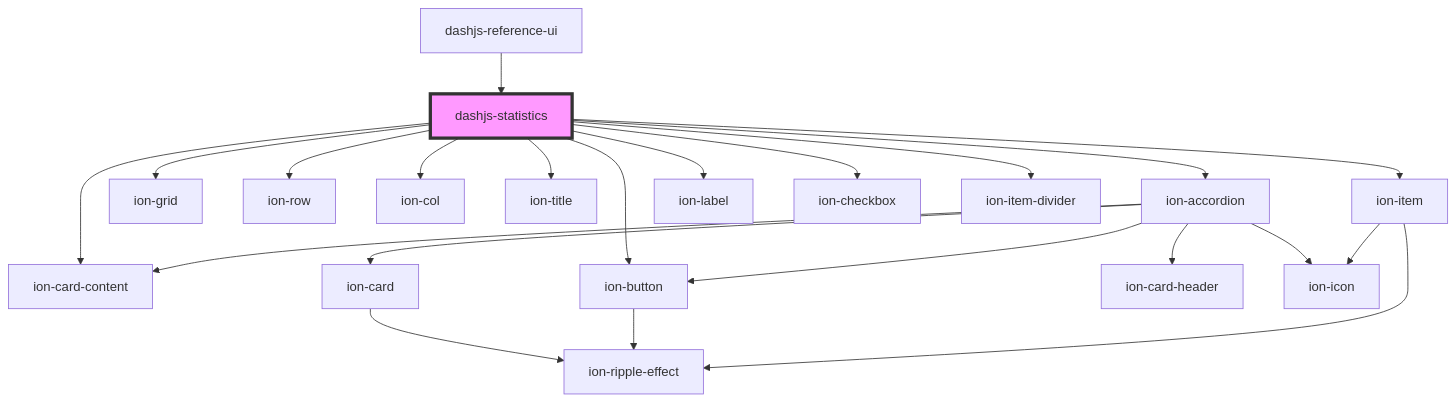
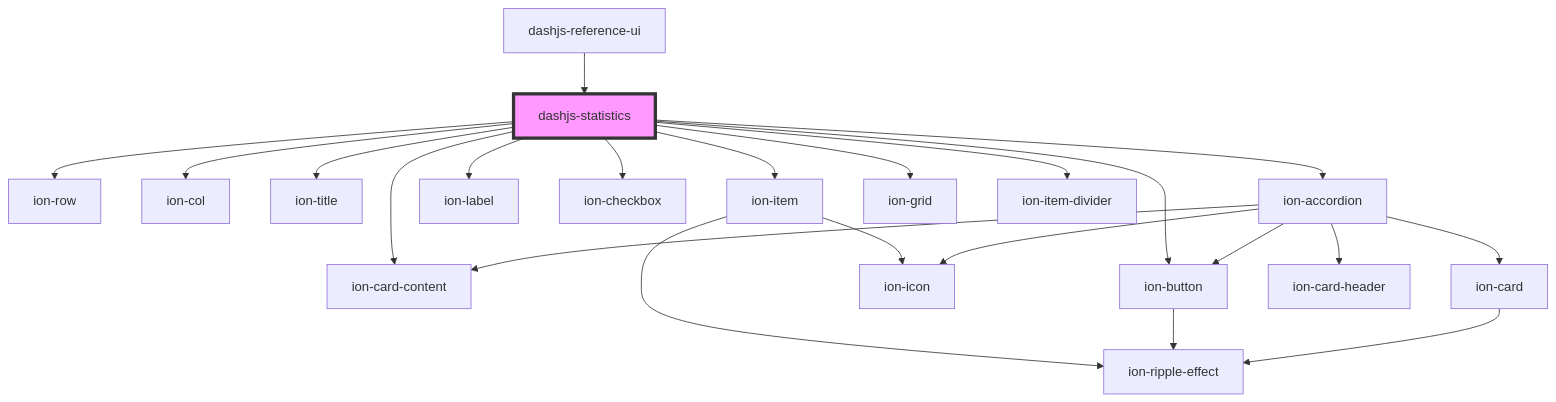
The diagram in src/components/dashjs-statistics/readme.md (AWTPJ2021/dash-reference-ui), drawn with Mermaid before and after one commit. The commit also changed other lines of this file and 15 other files, not shown here.

````diff
--- a/src/components/dashjs-statistics/readme.md
+++ b/src/components/dashjs-statistics/readme.md
@@ -36,25 +29,25 @@
 ```mermaid
 graph TD;
-  dashjs-statistics --> ion-accordion
-  dashjs-statistics --> ion-grid
   dashjs-statistics --> ion-row
   dashjs-statistics --> ion-col
   dashjs-statistics --> ion-title
   dashjs-statistics --> ion-item
   dashjs-statistics --> ion-label
   dashjs-statistics --> ion-checkbox
-  dashjs-statistics --> ion-item-divider
   dashjs-statistics --> ion-card-content
   dashjs-statistics --> ion-button
+  dashjs-statistics --> ion-accordion
+  dashjs-statistics --> ion-grid
+  dashjs-statistics --> ion-item-divider
+  ion-item --> ion-icon
+  ion-item --> ion-ripple-effect
+  ion-button --> ion-ripple-effect
   ion-accordion --> ion-card
   ion-accordion --> ion-card-header
   ion-accordion --> ion-button
   ion-accordion --> ion-icon
   ion-accordion --> ion-card-content
   ion-card --> ion-ripple-effect
-  ion-button --> ion-ripple-effect
-  ion-item --> ion-icon
-  ion-item --> ion-ripple-effect
   dashjs-reference-ui --> dashjs-statistics
   style dashjs-statistics fill:#f9f,stroke:#333,stroke-width:4px
 ```
````
